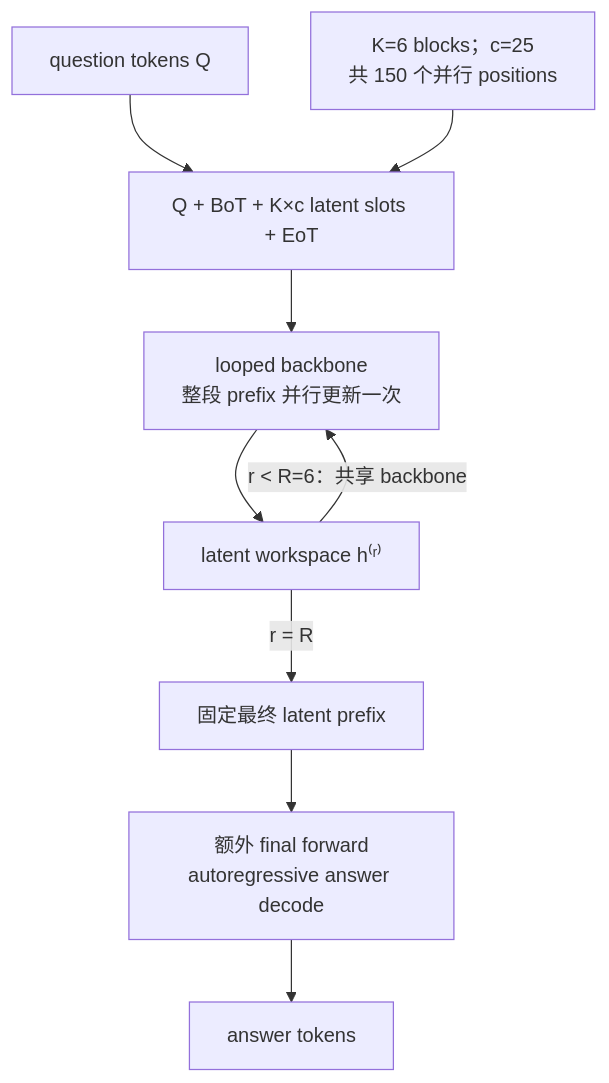
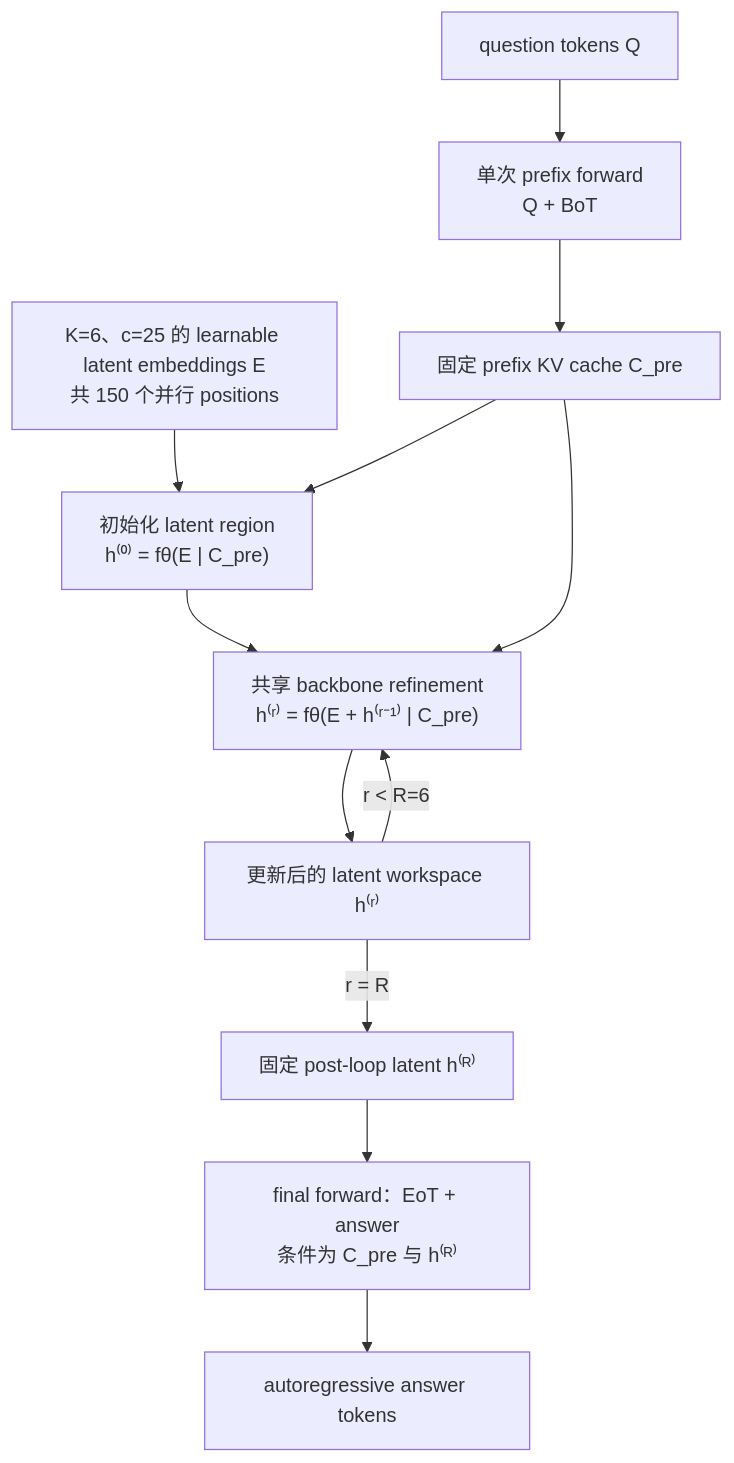
Before and after one commit to J-shang/J-shang.github.io: diagram 11 of 16 in src/data/notes/looped-transformer/looped-transformer-eight-paper-survey.md, drawn with Mermaid. The commit also changed other lines of this file and 19 other files, not shown here.

Commit message:
feat: render Looped Transformer Mermaid diagrams

````diff
--- a/src/data/notes/looped-transformer/looped-transformer-eight-paper-survey.md
+++ b/src/data/notes/looped-transformer/looped-transformer-eight-paper-survey.md
@@ -667,11 +668,14 @@
 ```mermaid
 flowchart TD
-    Q["question tokens Q"] --> Prefix["Q + BoT + K×c latent slots + EoT"]
-    Slots["K=6 blocks；c=25<br/>共 150 个并行 positions"] --> Prefix
-    Prefix --> Loop["looped backbone<br/>整段 prefix 并行更新一次"]
-    Loop --> H["latent workspace h⁽ʳ⁾"]
-    H -->|"r < R=6：共享 backbone"| Loop
-    H -->|"r = R"| Freeze["固定最终 latent prefix"]
-    Freeze --> Ans["额外 final forward<br/>autoregressive answer decode"]
-    Ans --> Y["answer tokens"]
+    Q["question tokens Q"] --> Prefix["单次 prefix forward<br/>Q + BoT"]
+    Prefix --> Cache["固定 prefix KV cache C_pre"]
+    Slots["K=6、c=25 的 learnable latent embeddings E<br/>共 150 个并行 positions"] --> Init["初始化 latent region<br/>h⁽⁰⁾ = fθ(E | C_pre)"]
+    Cache --> Init
+    Init --> Refine["共享 backbone refinement<br/>h⁽ʳ⁾ = fθ(E + h⁽ʳ⁻¹⁾ | C_pre)"]
+    Cache --> Refine
+    Refine --> H["更新后的 latent workspace h⁽ʳ⁾"]
+    H -->|"r < R=6"| Refine
+    H -->|"r = R"| Freeze["固定 post-loop latent h⁽ᴿ⁾"]
+    Freeze --> Final["final forward：EoT + answer<br/>条件为 C_pre 与 h⁽ᴿ⁾"]
+    Final --> Y["autoregressive answer tokens"]
 ```
````
